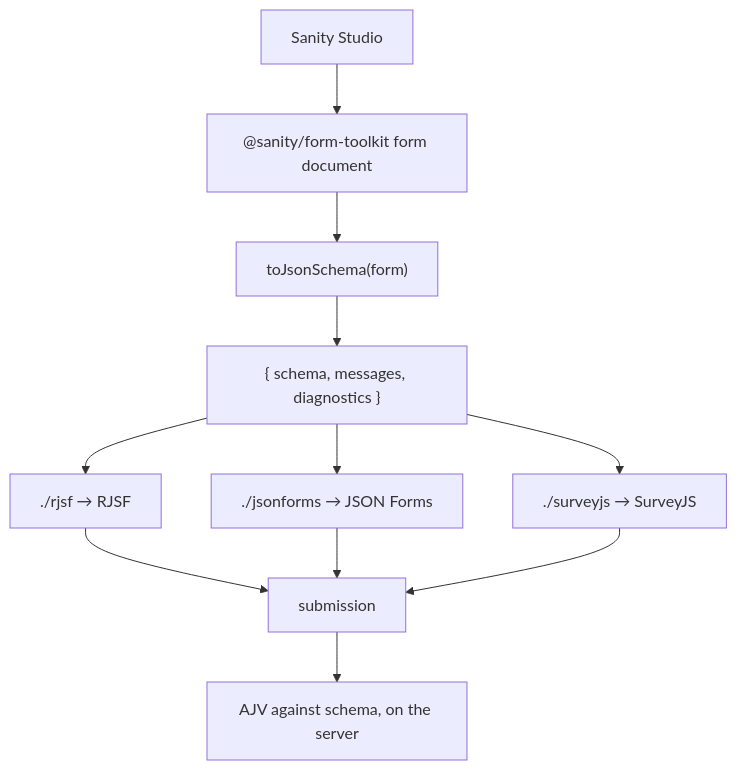
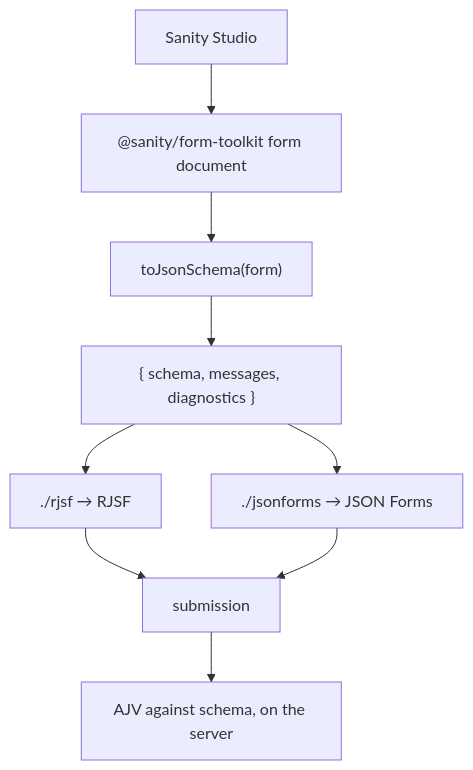
Before and after one commit to josemanosalvas/sanity-jsonschema-forms: the diagram in docs/architecture.md, drawn with Mermaid. The commit also changed other lines of this file and 34 other files, not shown here.

````diff
--- a/docs/architecture.md
+++ b/docs/architecture.md
@@ -8,11 +8,10 @@
 ```mermaid
 flowchart TB
   studio["Sanity Studio"] --> form["@sanity/form-toolkit form document"]
   form --> compile["toJsonSchema(form)"]
   compile --> out["{ schema, messages, diagnostics }"]
   out --> rjsf["./rjsf → RJSF"]
   out --> jsonforms["./jsonforms → JSON Forms"]
-  out --> surveyjs["./surveyjs → SurveyJS"]
-  rjsf & jsonforms & surveyjs --> submission["submission"]
+  rjsf & jsonforms --> submission["submission"]
   submission --> ajv["AJV against schema, on the server"]
 ```
````
